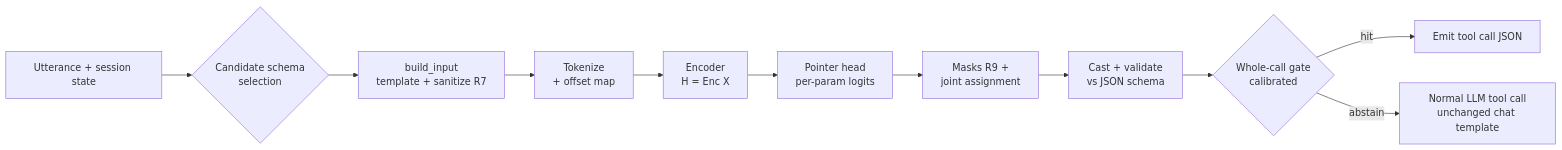
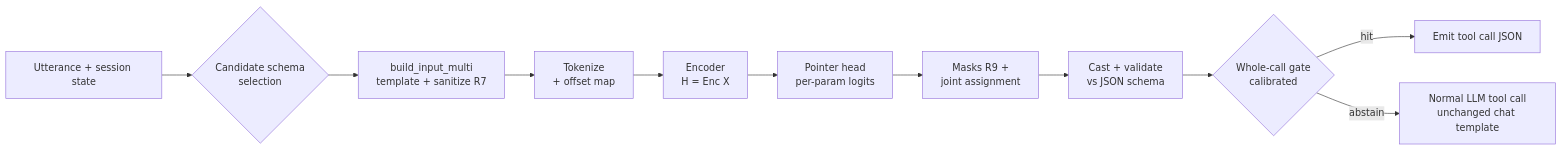
The diagram in docs/mechanism.md (eleluong/spancall), drawn with Mermaid before and after one commit. The commit also changed other lines of this file and 28 other files, not shown here.

````diff
--- a/docs/mechanism.md
+++ b/docs/mechanism.md
@@ -62,13 +62,13 @@
 ```mermaid
 flowchart LR
   U[Utterance + session state] --> S{Candidate schema<br/>selection}
-  S --> B[build_input<br/>template + sanitize R7]
+  S --> B[build_input_multi<br/>template + sanitize R7]
   B --> T[Tokenize<br/>+ offset map]
   T --> E[Encoder<br/>H = Enc X]
   E --> P[Pointer head<br/>per-param logits]
   P --> M[Masks R9 +<br/>joint assignment]
   M --> C[Cast + validate<br/>vs JSON schema]
   C --> G{Whole-call gate<br/>calibrated}
   G -- hit --> X[Emit tool call JSON]
   G -- abstain --> L[Normal LLM tool call<br/>unchanged chat template]
 ```
````
